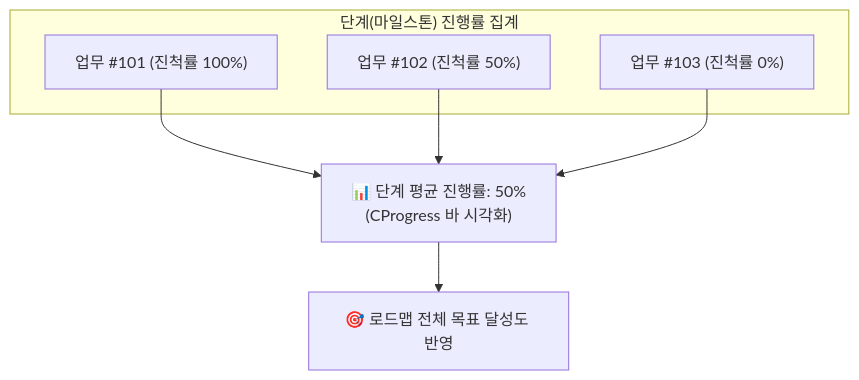
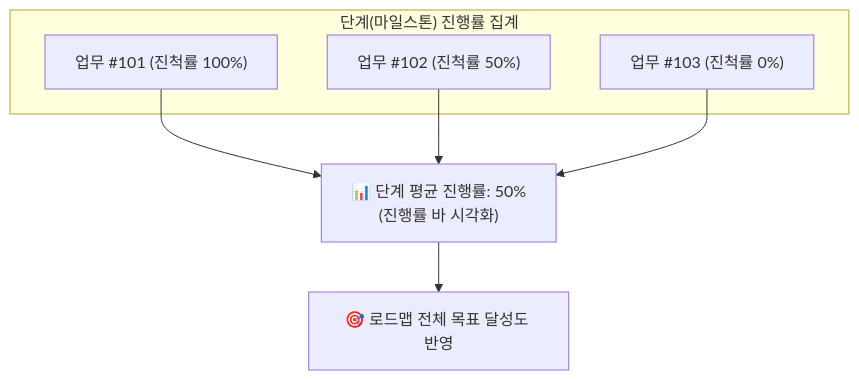
Before and after one commit to nc2U/ibs: the diagram in app/vue/docs/work-manage/roadmap.md, drawn with Mermaid. The commit also changed 51 other files, not shown here.

````diff
--- a/app/vue/docs/work-manage/roadmap.md
+++ b/app/vue/docs/work-manage/roadmap.md
@@ -16,11 +16,11 @@
 ```mermaid
 flowchart TD
     subgraph 마일스톤집계 ["단계(마일스톤) 진행률 집계"]
         A["업무 #101 (진척률 100%)"]
         B["업무 #102 (진척률 50%)"]
         C["업무 #103 (진척률 0%)"]
     end
 
-    A & B & C --> D["📊 단계 평균 진행률: 50%<br>(CProgress 바 시각화)"]
+    A & B & C --> D["📊 단계 평균 진행률: 50%<br>(진행률 바 시각화)"]
     D --> E["🎯 로드맵 전체 목표 달성도 반영"]
 ```
````
